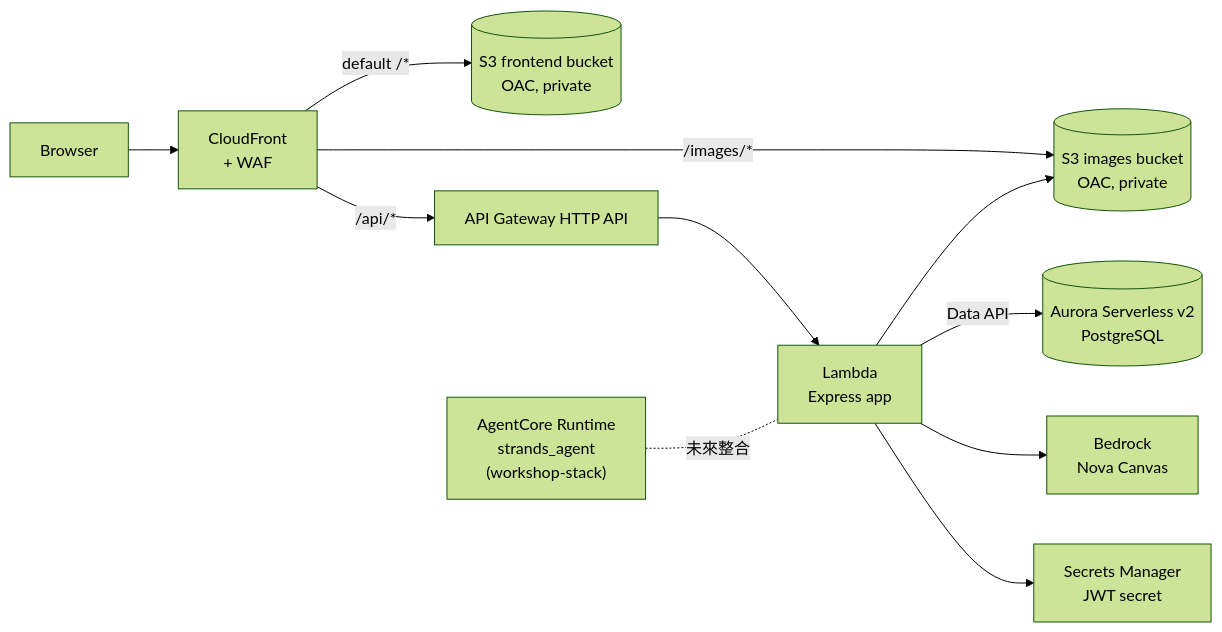
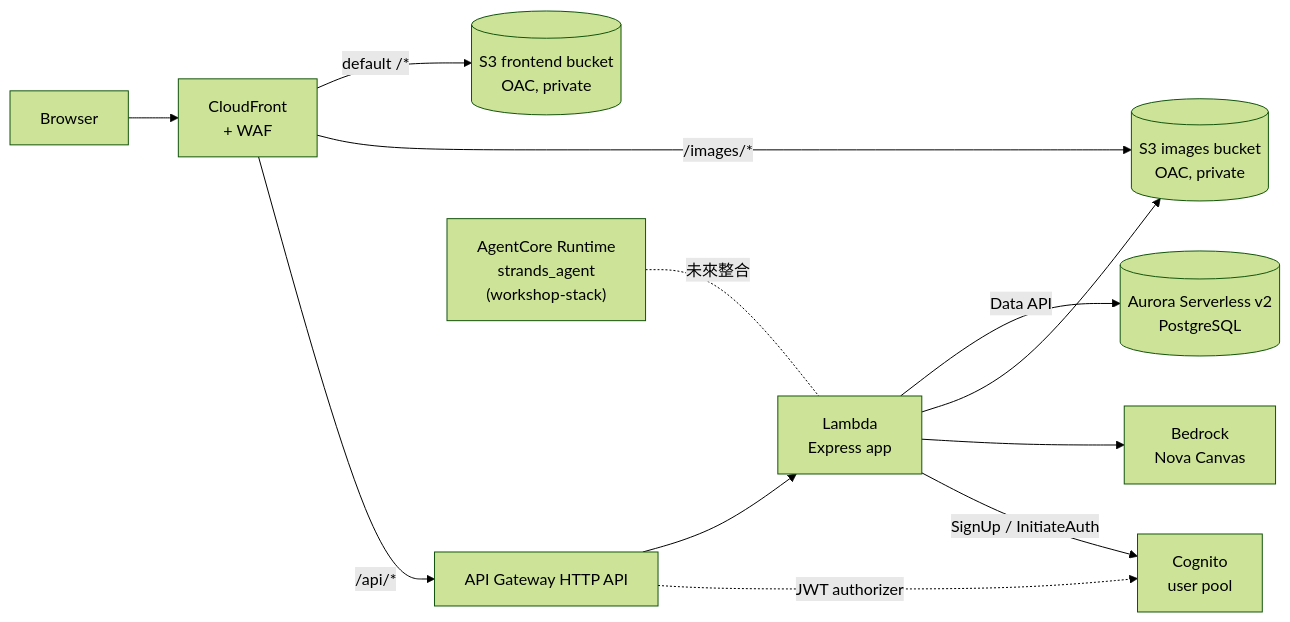
The diagram in infra/docs/architecture-assessment.md (tttingzhang999/gc-aidlc-workshop), drawn with Mermaid (forest theme) before and after one commit. The commit also changed other lines of this file and 4 other files, not shown here.

Commit message:
docs: document Cognito authentication and update the architecture diagram

````diff
--- a/infra/docs/architecture-assessment.md
+++ b/infra/docs/architecture-assessment.md
@@ -86,13 +86,14 @@
 ```mermaid
 flowchart LR
   U["Browser"] --> CF["CloudFront<br/>+ WAF"]
   CF -- "default /*" --> FE[("S3 frontend bucket<br/>OAC, private")]
   CF -- "/images/*" --> IMG[("S3 images bucket<br/>OAC, private")]
   CF -- "/api/*" --> APIGW["API Gateway HTTP API"]
   APIGW --> L["Lambda<br/>Express app"]
   L -- "Data API" --> DB[("Aurora Serverless v2<br/>PostgreSQL")]
   L --> IMG
   L --> BR["Bedrock<br/>Nova Canvas"]
-  L --> SM["Secrets Manager<br/>JWT secret"]
+  APIGW -. "JWT authorizer" .-> COG["Cognito<br/>user pool"]
+  L -- "SignUp / InitiateAuth" --> COG
   AC["AgentCore Runtime<br/>strands_agent<br/>(workshop-stack)"] -. "未來整合" .- L
 ```
````
